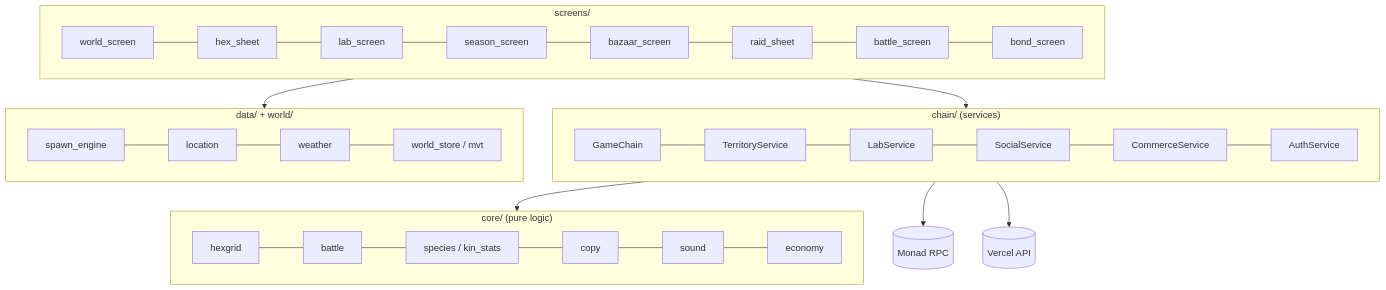
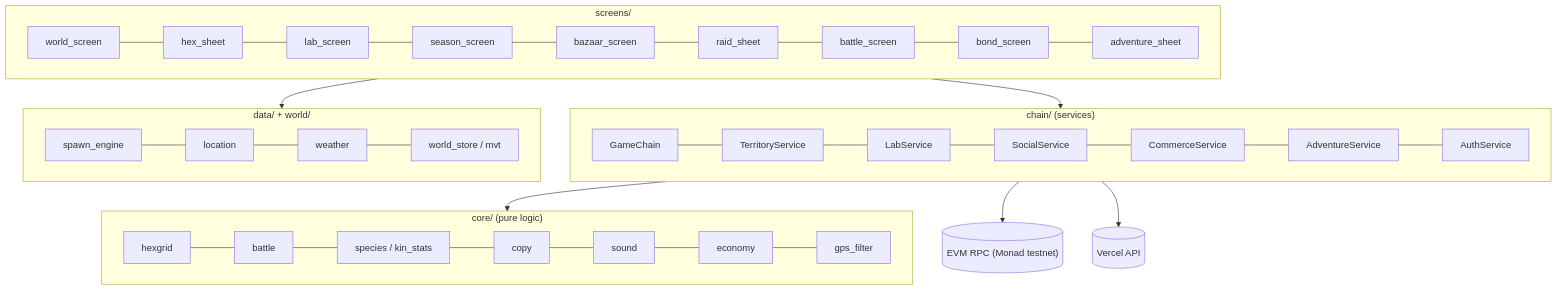
Before and after one commit to Srizdebnath/terrakin: the fourth of 53 diagrams in README.md, drawn with Mermaid. The commit also changed other lines of this file and 43 other files, not shown here.

````diff
--- a/README.md
+++ b/README.md
@@ -186,19 +208,19 @@
 ```mermaid
 flowchart TB
   subgraph UI["screens/"]
-    W[world_screen] --- HS[hex_sheet] --- LS[lab_screen] --- SS[season_screen] --- BZ[bazaar_screen] --- RS[raid_sheet] --- BS[battle_screen] --- BD[bond_screen]
+    W[world_screen] --- HS[hex_sheet] --- LS[lab_screen] --- SS[season_screen] --- BZ[bazaar_screen] --- RS[raid_sheet] --- BS[battle_screen] --- BD[bond_screen] --- AD[adventure_sheet]
   end
   subgraph Svc["chain/ (services)"]
-    GC[GameChain] --- TS[TerritoryService] --- LB[LabService] --- SO[SocialService] --- CM[CommerceService] --- AU[AuthService]
+    GC[GameChain] --- TS[TerritoryService] --- LB[LabService] --- SO[SocialService] --- CM[CommerceService] --- AV[AdventureService] --- AU[AuthService]
   end
   subgraph Core["core/ (pure logic)"]
-    HG[hexgrid] --- BT[battle] --- SP[species / kin_stats] --- CP[copy] --- SN[sound] --- EC[economy]
+    HG[hexgrid] --- BT[battle] --- SP[species / kin_stats] --- CP[copy] --- SN[sound] --- EC[economy] --- GF[gps_filter]
   end
   subgraph Data["data/ + world/"]
     SE[spawn_engine] --- LO[location] --- WE[weather] --- WS[world_store / mvt]
   end
   UI --> Svc --> Core
   UI --> Data
-  Svc --> RPC[(Monad RPC)]
+  Svc --> RPC[("EVM RPC (Monad testnet)")]
   Svc --> API[(Vercel API)]
 ```
````
